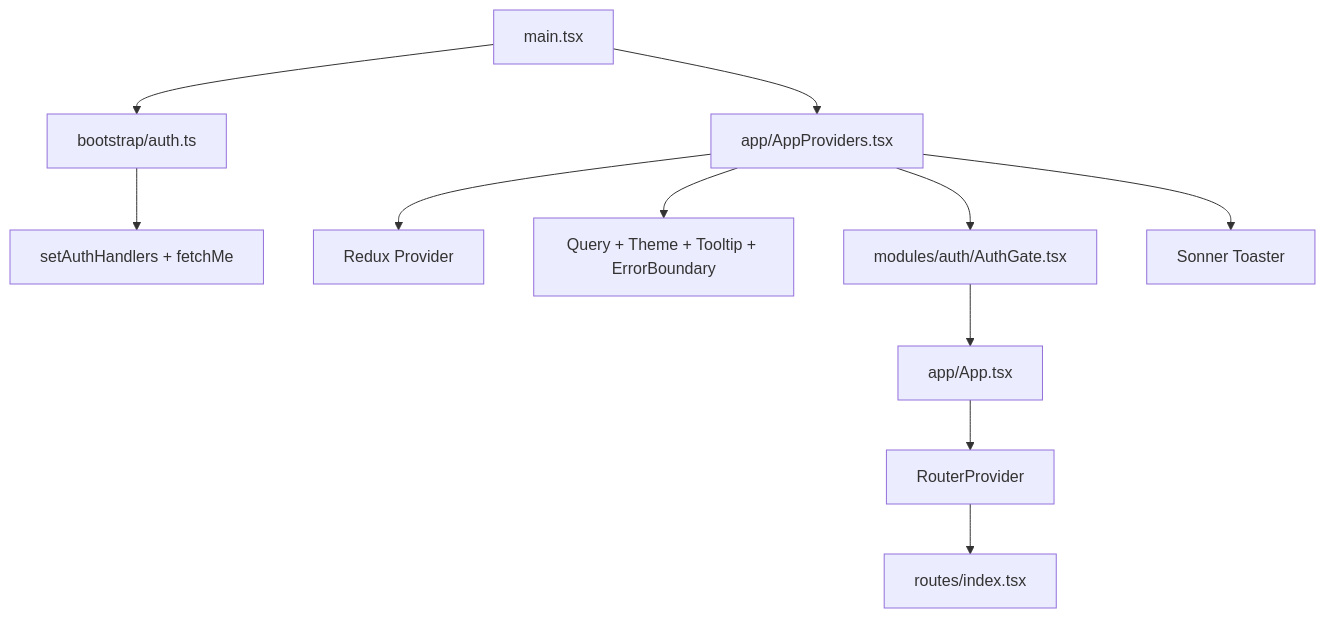
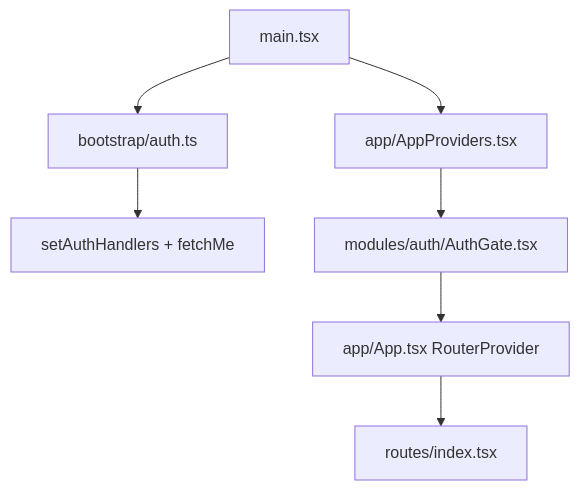
One commit to l0r3nc335/hris_react19_spa changed the first of 2 diagrams in planning/manual/SETUP_GUIDE.md. Above: the diagram before and after it, drawn with Mermaid. The commit also changed other lines of this file and 7 other files, not shown here.

````diff
--- a/planning/manual/SETUP_GUIDE.md
+++ b/planning/manual/SETUP_GUIDE.md
@@ -47,13 +43,9 @@
 ```mermaid
 flowchart TD
   mainTsx[main.tsx] --> bootstrapAuth[bootstrap/auth.ts]
   bootstrapAuth --> setHandlers[setAuthHandlers + fetchMe]
   mainTsx --> AppProviders[app/AppProviders.tsx]
-  AppProviders --> ReduxProvider[Redux Provider]
-  AppProviders --> CoreProviders[Query + Theme + Tooltip + ErrorBoundary]
   AppProviders --> AuthGate[modules/auth/AuthGate.tsx]
-  AppProviders --> Toaster[Sonner Toaster]
-  AuthGate --> AppTsx[app/App.tsx]
-  AppTsx --> Router[RouterProvider]
-  Router --> Routes[routes/index.tsx]
+  AuthGate --> AppTsx[app/App.tsx RouterProvider]
+  AppTsx --> Routes[routes/index.tsx]
 ```
````
